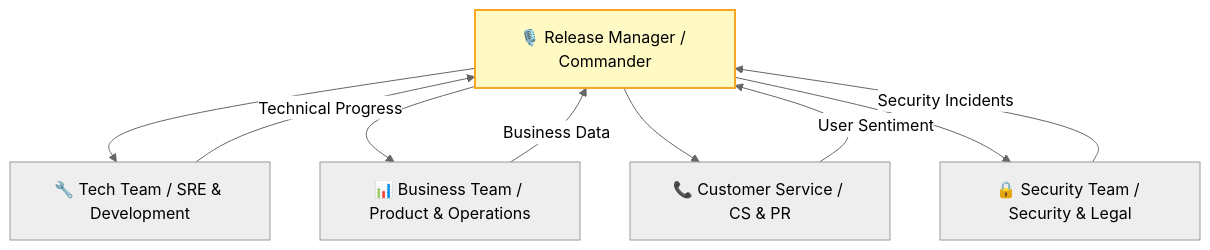
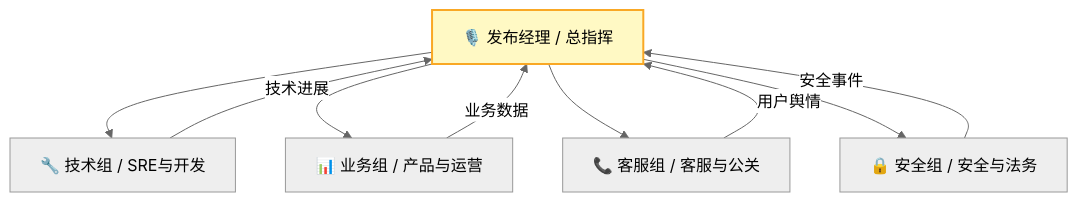
Before and after one commit to Kirky-X/cangjie: the seventh of 8 diagrams in templates/Product/Delivery/Template-Release-Plan.md, drawn with Mermaid (neutral theme). The commit also changed other lines of this file and 33 other files, not shown here.

````diff
--- a/templates/Product/Delivery/Template-Release-Plan.md
+++ b/templates/Product/Delivery/Template-Release-Plan.md
@@ -570,14 +570,14 @@
 ```mermaid
 graph TD
-    RC[🎙️ Release Manager / Commander] --> T1[🔧 Tech Team / SRE & Development]
-    RC --> T2[📊 Business Team / Product & Operations]
-    RC --> T3[📞 Customer Service / CS & PR]
-    RC --> T4[🔒 Security Team / Security & Legal]
+    RC[🎙️ 发布经理 / 总指挥] --> T1[🔧 技术组 / SRE与开发]
+    RC --> T2[📊 业务组 / 产品与运营]
+    RC --> T3[📞 客服组 / 客服与公关]
+    RC --> T4[🔒 安全组 / 安全与法务]
 
-    T1 -->|Technical Progress| RC
-    T2 -->|Business Data| RC
-    T3 -->|User Sentiment| RC
-    T4 -->|Security Incidents| RC
+    T1 -->|技术进展| RC
+    T2 -->|业务数据| RC
+    T3 -->|用户舆情| RC
+    T4 -->|安全事件| RC
 
     style RC fill:#fff9c4,stroke:#f9a825,stroke-width:2px
 ```
````
